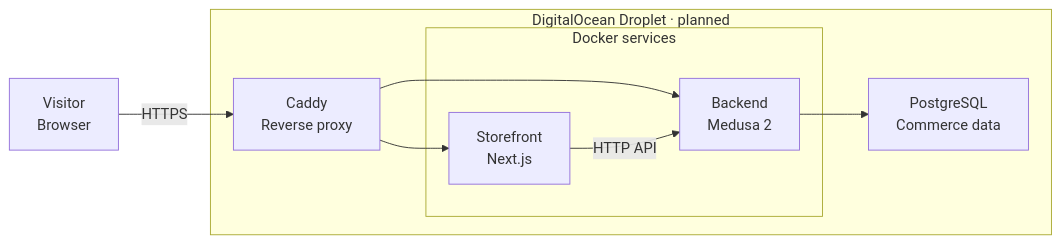
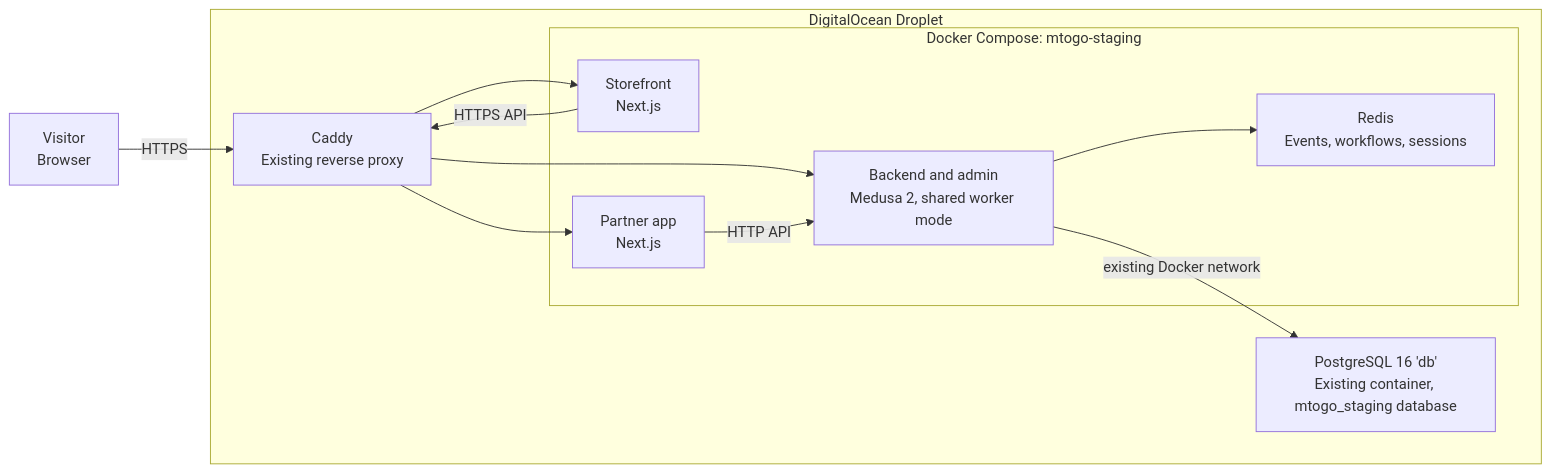
The second of 2 diagrams in apps/docs/src/content/docs/architecture/index.mdx (DannyShayH/MTGO), drawn with Mermaid before and after one commit. The commit also changed other lines of this file and 24 other files, not shown here.

First line of the commit message:
Deploy backend and storefront to DigitalOcean staging through TakT - resolves #35

````diff
--- a/apps/docs/src/content/docs/architecture/index.mdx
+++ b/apps/docs/src/content/docs/architecture/index.mdx
@@ -49,20 +49,26 @@
 ```mermaid
 flowchart LR
-    accTitle: Proposed application hosting on DigitalOcean
-    accDescr: A visitor connects over HTTPS to Caddy on a planned DigitalOcean Droplet. Caddy forwards requests to Next.js and Medusa services running in Docker. PostgreSQL runs on the same Droplet and stores the backend commerce data.
+    accTitle: Application hosting on DigitalOcean
+    accDescr: A visitor connects over HTTPS to the existing Caddy on the DigitalOcean Droplet. Caddy forwards requests to the storefront, the partner app and the Medusa backend running in the staging Docker Compose project. The backend uses Redis on a private network and its own database in the existing PostgreSQL container.
     visitor["Visitor<br/>Browser"] -->|HTTPS| caddy
-    subgraph droplet["DigitalOcean Droplet · planned"]
-        caddy["Caddy<br/>Reverse proxy"]
-        subgraph docker["Docker services"]
+    subgraph droplet["DigitalOcean Droplet"]
+        caddy["Caddy<br/>Existing reverse proxy"]
+        subgraph docker["Docker Compose: mtogo-staging"]
             web["Storefront<br/>Next.js"]
-            api["Backend<br/>Medusa 2"]
+            partner["Partner app<br/>Next.js"]
+            api["Backend and admin<br/>Medusa 2, shared worker mode"]
+            redis["Redis<br/>Events, workflows, sessions"]
         end
+        database["PostgreSQL 16 'db'<br/>Existing container, mtogo_staging database"]
         caddy --> web
+        caddy --> partner
         caddy --> api
-        web -->|HTTP API| api
-        database["PostgreSQL<br/>Commerce data"]
-        api --> database
+        web -->|HTTPS API| caddy
+        partner -->|HTTP API| api
+        api --> redis
+        api -->|existing Docker network| database
     end
-    class visitor,web,api,database service
+    class visitor,web,partner,api,database service
+    class redis queue
     class caddy entry
 ```
````
